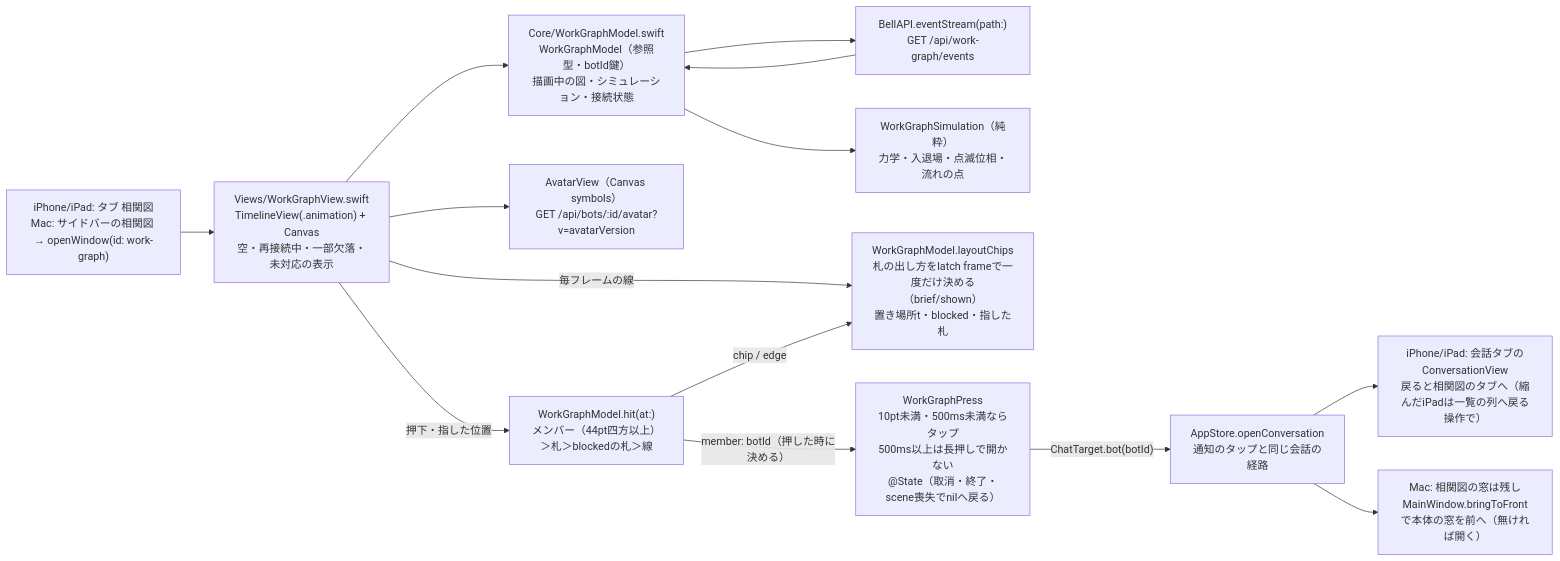
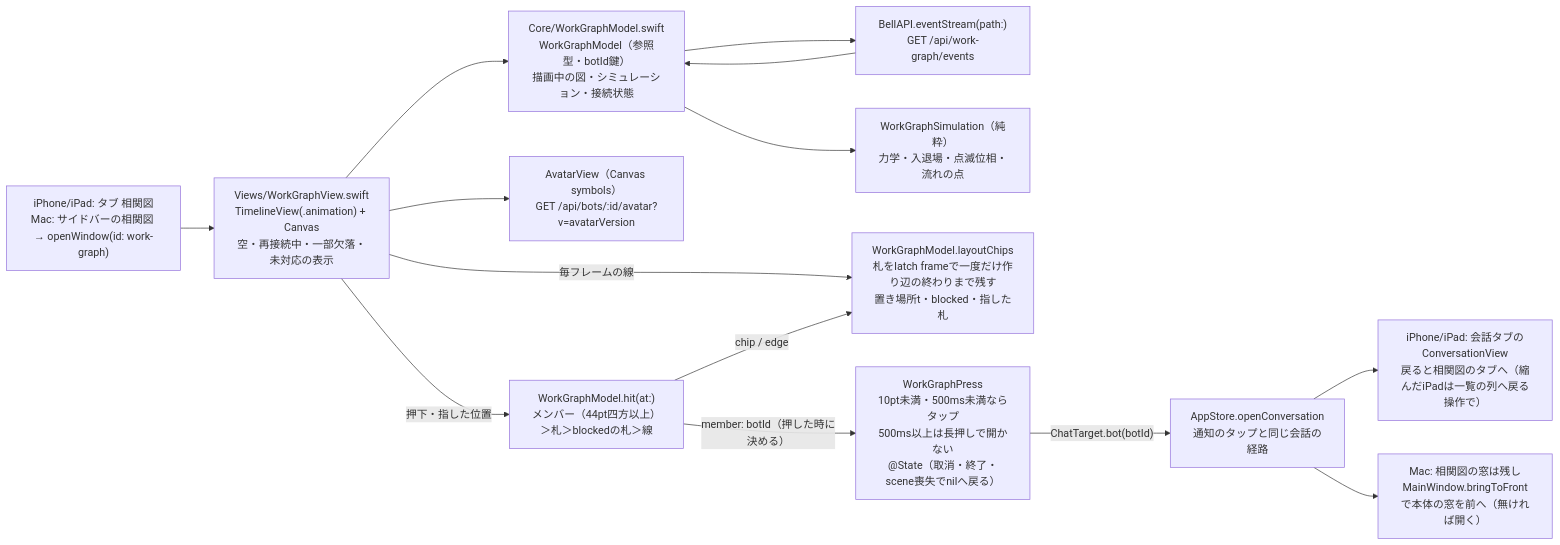
One commit to kitepon/BellTeam changed the diagram in docs/architecture/modules/apple/work-graph.md. Above: the diagram before and after it, drawn with Mermaid. The commit also changed other lines of this file and 3 other files, not shown here.

First line of the commit message:
Apple work graph: keep every chip visible, drawn names are chip obstacles

````diff
--- a/docs/architecture/modules/apple/work-graph.md
+++ b/docs/architecture/modules/apple/work-graph.md
@@ -7,16 +7,16 @@
 ```mermaid
 flowchart LR
   Nav["iPhone/iPad: タブ 相関図<br/>Mac: サイドバーの相関図 → openWindow(id: work-graph)"] --> View["Views/WorkGraphView.swift<br/>TimelineView(.animation) + Canvas<br/>空・再接続中・一部欠落・未対応の表示"]
   View --> Model["Core/WorkGraphModel.swift<br/>WorkGraphModel（参照型・botId鍵）<br/>描画中の図・シミュレーション・接続状態"]
   Model --> Stream["BellAPI.eventStream(path:)<br/>GET /api/work-graph/events"]
   Stream --> Model
   Model --> Sim["WorkGraphSimulation（純粋）<br/>力学・入退場・点滅位相・流れの点"]
   View --> Avatar["AvatarView（Canvas symbols）<br/>GET /api/bots/:id/avatar?v=avatarVersion"]
-  View -->|"毎フレームの線"| Chips["WorkGraphModel.layoutChips<br/>札の出し方をlatch frameで一度だけ決める（brief/shown）<br/>置き場所t・blocked・指した札"]
+  View -->|"毎フレームの線"| Chips["WorkGraphModel.layoutChips<br/>札をlatch frameで一度だけ作り辺の終わりまで残す<br/>置き場所t・blocked・指した札"]
   View -->|"押下・指した位置"| Hit["WorkGraphModel.hit(at:)<br/>メンバー（44pt四方以上）＞札＞blockedの札＞線"]
   Hit -->|"member: botId（押した時に決める）"| Press["WorkGraphPress<br/>10pt未満・500ms未満ならタップ<br/>500ms以上は長押しで開かない<br/>@State（取消・終了・scene喪失でnilへ戻る）"]
   Hit -->|"chip / edge"| Chips
   Press -->|"ChatTarget.bot(botId)"| Route["AppStore.openConversation<br/>通知のタップと同じ会話の経路"]
   Route --> Chat["iPhone/iPad: 会話タブのConversationView<br/>戻ると相関図のタブへ（縮んだiPadは一覧の列へ戻る操作で）"]
   Route --> Main["Mac: 相関図の窓は残し<br/>MainWindow.bringToFrontで本体の窓を前へ（無ければ開く）"]
 ```
````
